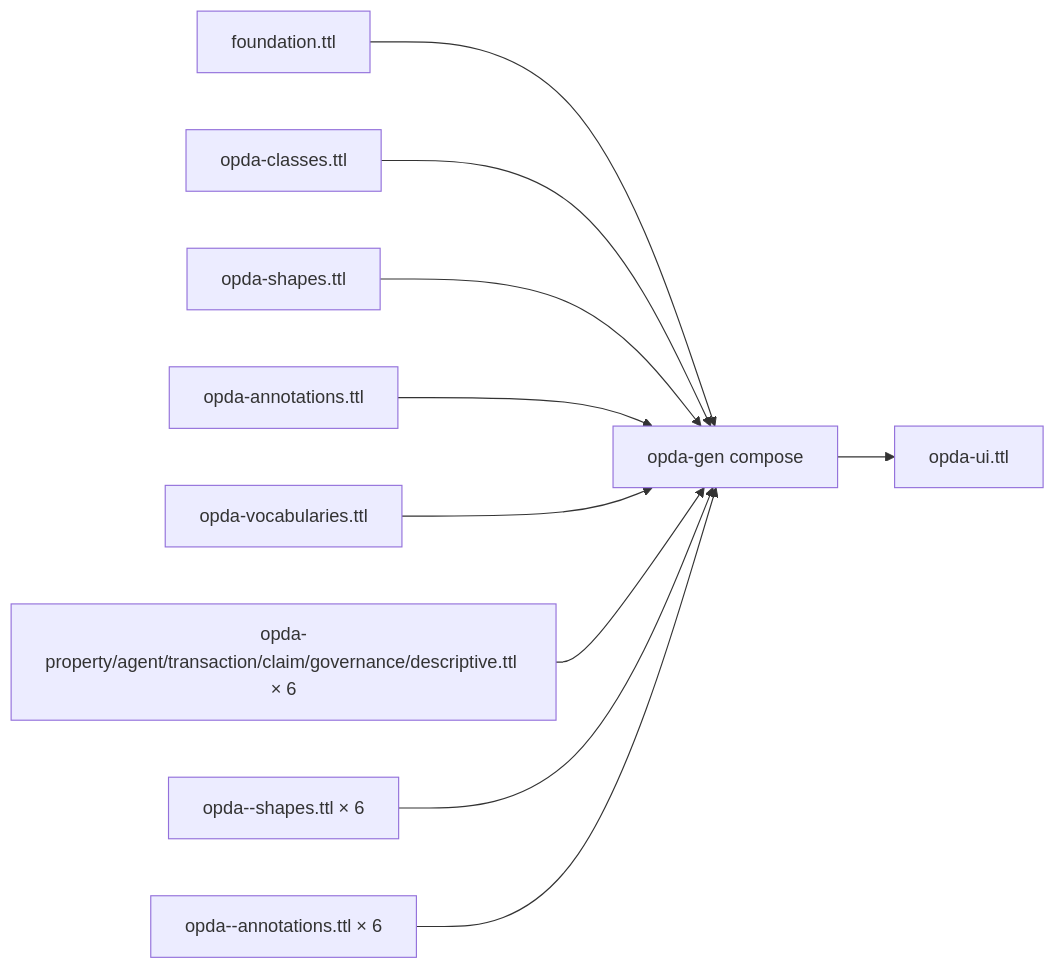
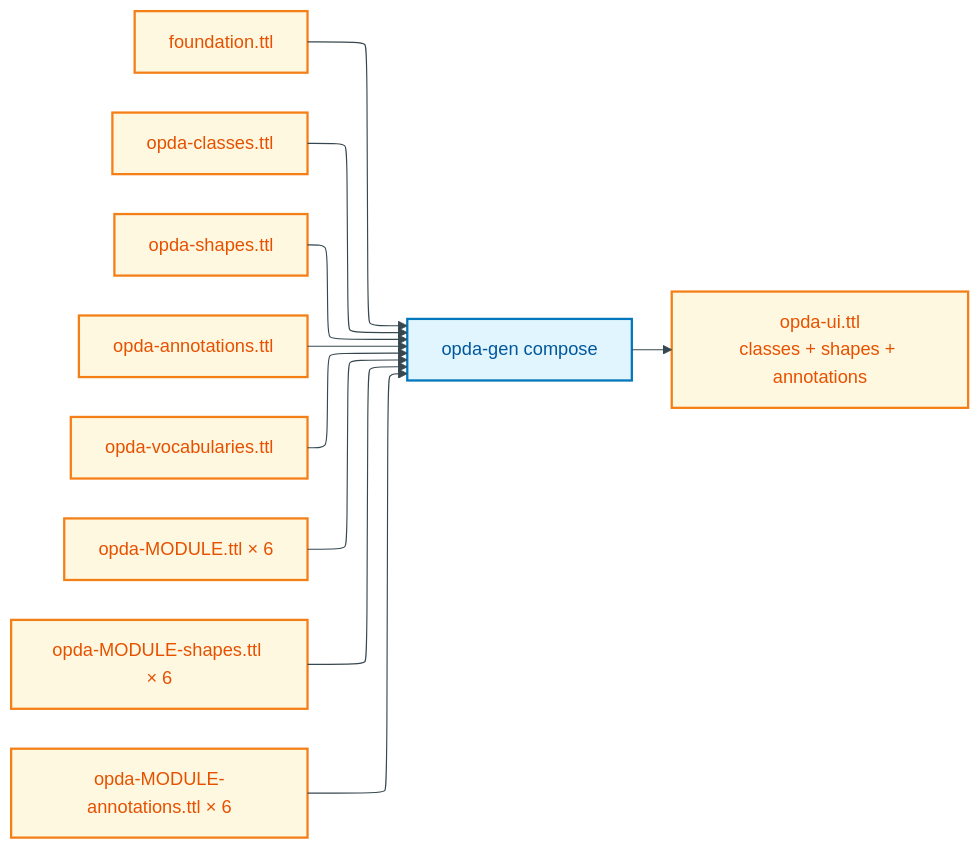
The diagram in docs/manual/physical-database/derived-profiles/opda-ui.md (sparkling/opda), drawn with Mermaid before and after one commit. The commit also changed other lines of this file and 36 other files, not shown here.

First line of the commit message:
docs(manual): Physical-DB tier — per-module breakdown + diagram expansion

````diff
--- a/docs/manual/physical-database/derived-profiles/opda-ui.md
+++ b/docs/manual/physical-database/derived-profiles/opda-ui.md
@@ -11,22 +16,36 @@
 ```mermaid
+---
+config:
+  layout: elk
+  elk:
+    mergeEdges: false
+    nodePlacementStrategy: BRANDES_KOEPF
+---
+%%{init: {"theme": "base", "themeVariables": {"primaryColor": "#FFF8E1", "primaryTextColor": "#E65100", "primaryBorderColor": "#F57F17", "lineColor": "#37474F"}}}%%
 flowchart LR
-    foundation[foundation.ttl]
-    classes[opda-classes.ttl]
-    shapesf[opda-shapes.ttl]
-    annf[opda-annotations.ttl]
-    vocabularies[opda-vocabularies.ttl]
-    modules[opda-property/agent/transaction/claim/governance/descriptive.ttl × 6]
-    moduleshapes[opda-<module>-shapes.ttl × 6]
-    moduleannotations[opda-<module>-annotations.ttl × 6]
-    composer[opda-gen compose]
-    output[opda-ui.ttl]
+    accTitle: opda-ui composition recipe
+    accDescr: Shows the source TTLs the composer projects into opda-ui, including DPV annotation TTLs that drive UI consent affordances.
+
+    classDef data fill:#FFF8E1,stroke:#F57F17,stroke-width:2px,color:#E65100
+    classDef process fill:#E1F5FE,stroke:#0277BD,stroke-width:2px,color:#01579B
+
+    foundation["foundation.ttl"]:::data
+    classes["opda-classes.ttl"]:::data
+    shapesf["opda-shapes.ttl"]:::data
+    annf["opda-annotations.ttl"]:::data
+    vocabularies["opda-vocabularies.ttl"]:::data
+    modules["opda-MODULE.ttl × 6"]:::data
+    moduleshapes["opda-MODULE-shapes.ttl × 6"]:::data
+    moduleannotations["opda-MODULE-annotations.ttl × 6"]:::data
+    composer["opda-gen compose"]:::process
+    output["opda-ui.ttl<br/>classes + shapes + annotations"]:::data
     foundation --> composer
     classes --> composer
     shapesf --> composer
     annf --> composer
     vocabularies --> composer
     modules --> composer
     moduleshapes --> composer
     moduleannotations --> composer
     composer --> output
 ```
````
